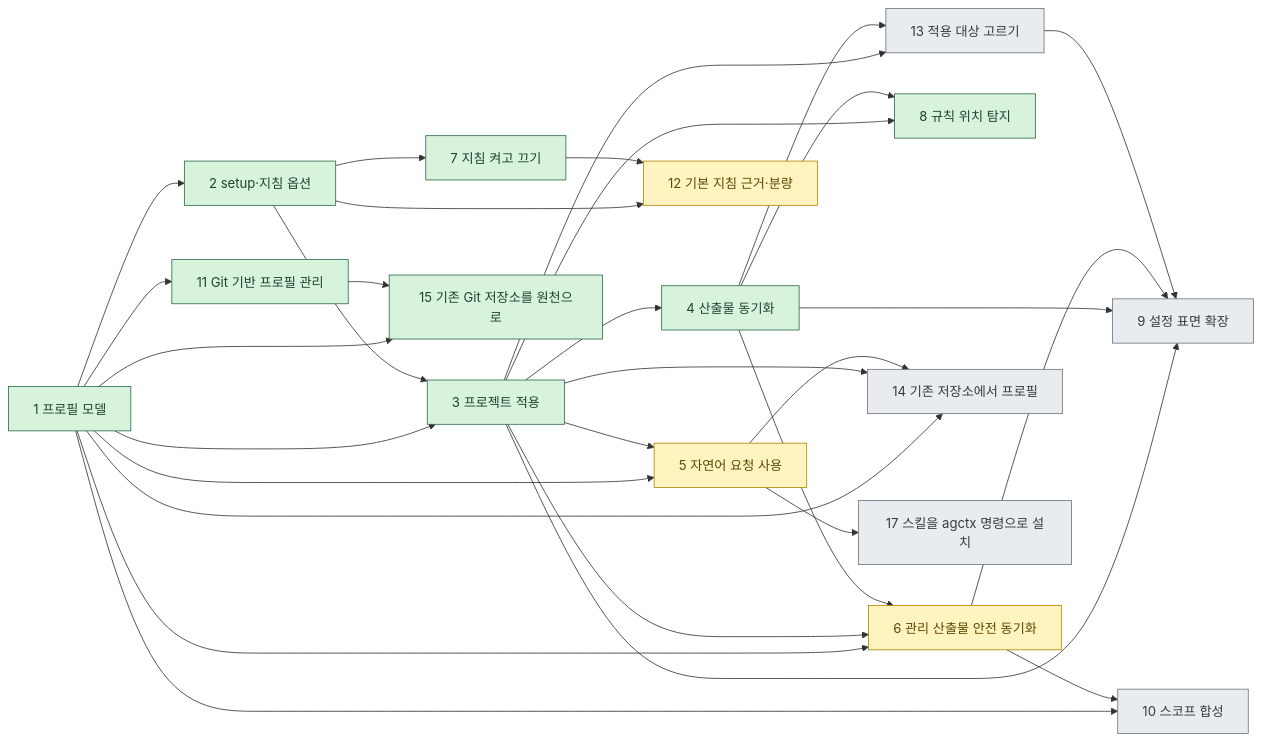
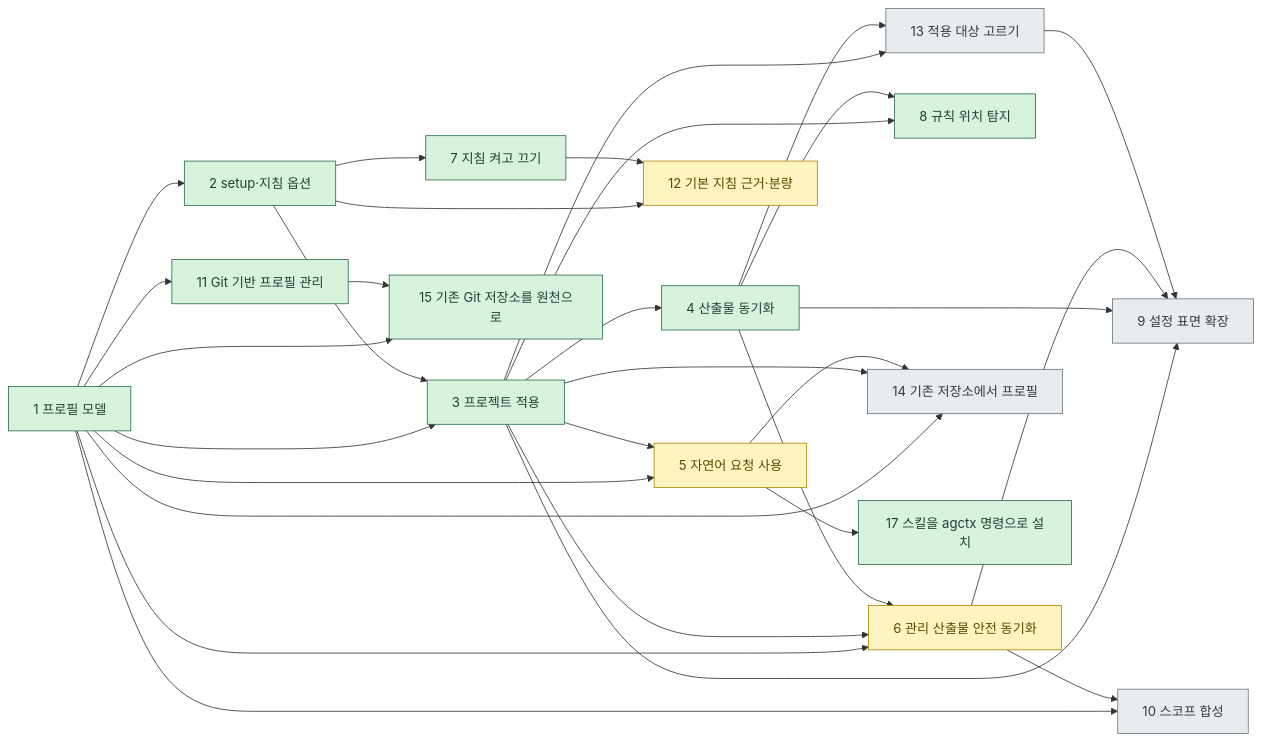
The diagram in docs/discussion/architecture/README.md (IsthisLee/agent-context-manager), drawn with Mermaid before and after one commit. The commit also changed other lines of this file and 25 other files, not shown here.

````diff
--- a/docs/discussion/architecture/README.md
+++ b/docs/discussion/architecture/README.md
@@ -39,40 +39,40 @@
 ```mermaid
 flowchart LR
   S1["1 프로필 모델"] --> S2["2 setup·지침 옵션"]
   S1 --> S3["3 프로젝트 적용"]
   S2 --> S3
   S3 --> S4["4 산출물 동기화"]
   S1 --> S5["5 자연어 요청 사용"]
   S3 --> S5
   S1 --> S6["6 관리 산출물 안전 동기화"]
   S3 --> S6
   S4 --> S6
   S2 --> S7["7 지침 켜고 끄기"]
   S3 --> S8["8 규칙 위치 탐지"]
   S4 --> S8
   S3 --> S9["9 설정 표면 확장"]
   S4 --> S9
   S6 --> S9
   S1 --> S10["10 스코프 합성"]
   S6 --> S10
   S1 --> S11["11 Git 기반 프로필 관리"]
   S2 --> S12["12 기본 지침 근거·분량"]
   S7 --> S12
   S3 --> S13["13 적용 대상 고르기"]
   S4 --> S13
   S13 --> S9
   S1 --> S14["14 기존 저장소에서 프로필"]
   S3 --> S14
   S5 --> S14
   S1 --> S15["15 기존 Git 저장소를 원천으로"]
   S11 --> S15
   S5 --> S17["17 스킬을 agctx 명령으로 설치"]
   classDef done fill:#d8f3dc,stroke:#2d6a4f,color:#1b4332
   classDef doing fill:#fff3bf,stroke:#b08900,color:#5c4800
   classDef todo fill:#e9ecef,stroke:#6c757d,color:#343a40
   %% agctx:generated:stage-classes:start
-  class S1,S2,S3,S4,S7,S8,S11,S15 done
+  class S1,S2,S3,S4,S7,S8,S11,S15,S17 done
   class S5,S6,S12 doing
-  class S9,S10,S13,S14,S17 todo
+  class S9,S10,S13,S14 todo
   %% agctx:generated:stage-classes:end
 ```
````
